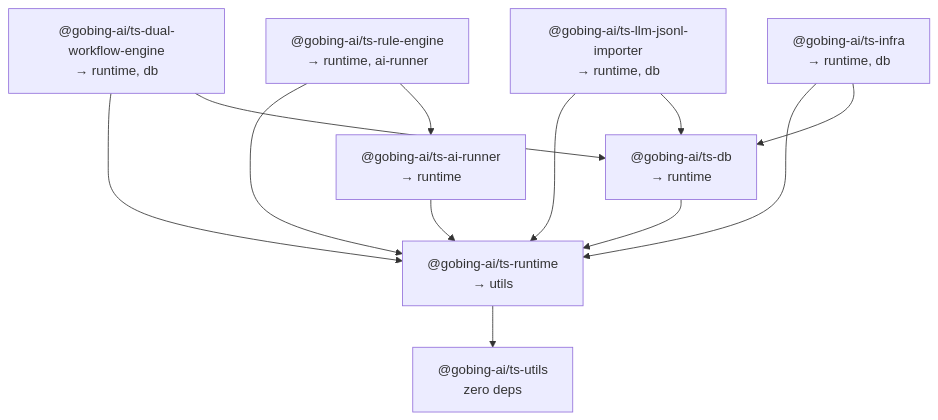
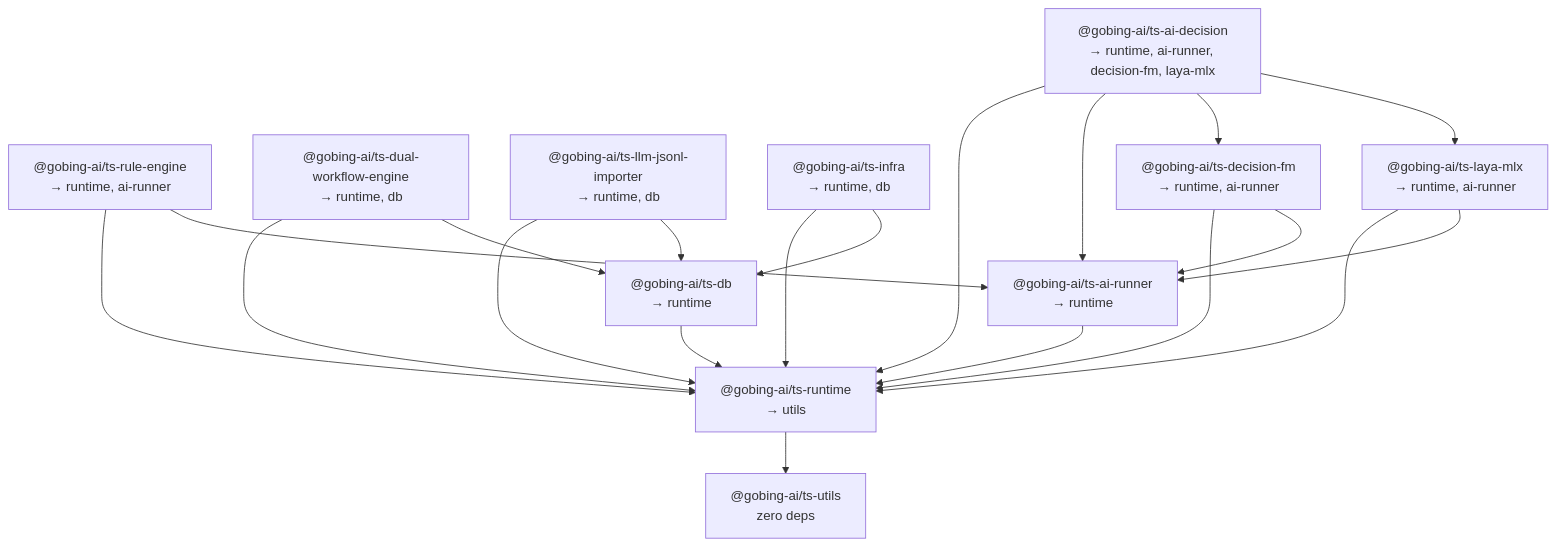
Before and after one commit to gobing-ai/ts-libs: the diagram in README.md, drawn with Mermaid. The commit also changed other lines of this file and 45 other files, not shown here.

````diff
--- a/README.md
+++ b/README.md
@@ -24,23 +24,34 @@
 ```mermaid
 graph TD
     utils["@gobing-ai/ts-utils<br/>zero deps"]
     runtime["@gobing-ai/ts-runtime<br/>→ utils"]
     db["@gobing-ai/ts-db<br/>→ runtime"]
     ai-runner["@gobing-ai/ts-ai-runner<br/>→ runtime"]
     rule-engine["@gobing-ai/ts-rule-engine<br/>→ runtime, ai-runner"]
     dual["@gobing-ai/ts-dual-workflow-engine<br/>→ runtime, db"]
     importer["@gobing-ai/ts-llm-jsonl-importer<br/>→ runtime, db"]
     infra["@gobing-ai/ts-infra<br/>→ runtime, db"]
+    laya-mlx["@gobing-ai/ts-laya-mlx<br/>→ runtime, ai-runner"]
+    decision-fm["@gobing-ai/ts-decision-fm<br/>→ runtime, ai-runner"]
+    ai-decision["@gobing-ai/ts-ai-decision<br/>→ runtime, ai-runner, decision-fm, laya-mlx"]
 
     runtime --> utils
     db --> runtime
     ai-runner --> runtime
     rule-engine --> runtime
     rule-engine --> ai-runner
     dual --> runtime
     dual --> db
     importer --> runtime
     importer --> db
     infra --> runtime
     infra --> db
+    laya-mlx --> runtime
+    laya-mlx --> ai-runner
+    decision-fm --> runtime
+    decision-fm --> ai-runner
+    ai-decision --> runtime
+    ai-decision --> ai-runner
+    ai-decision --> decision-fm
+    ai-decision --> laya-mlx
 ```
````
